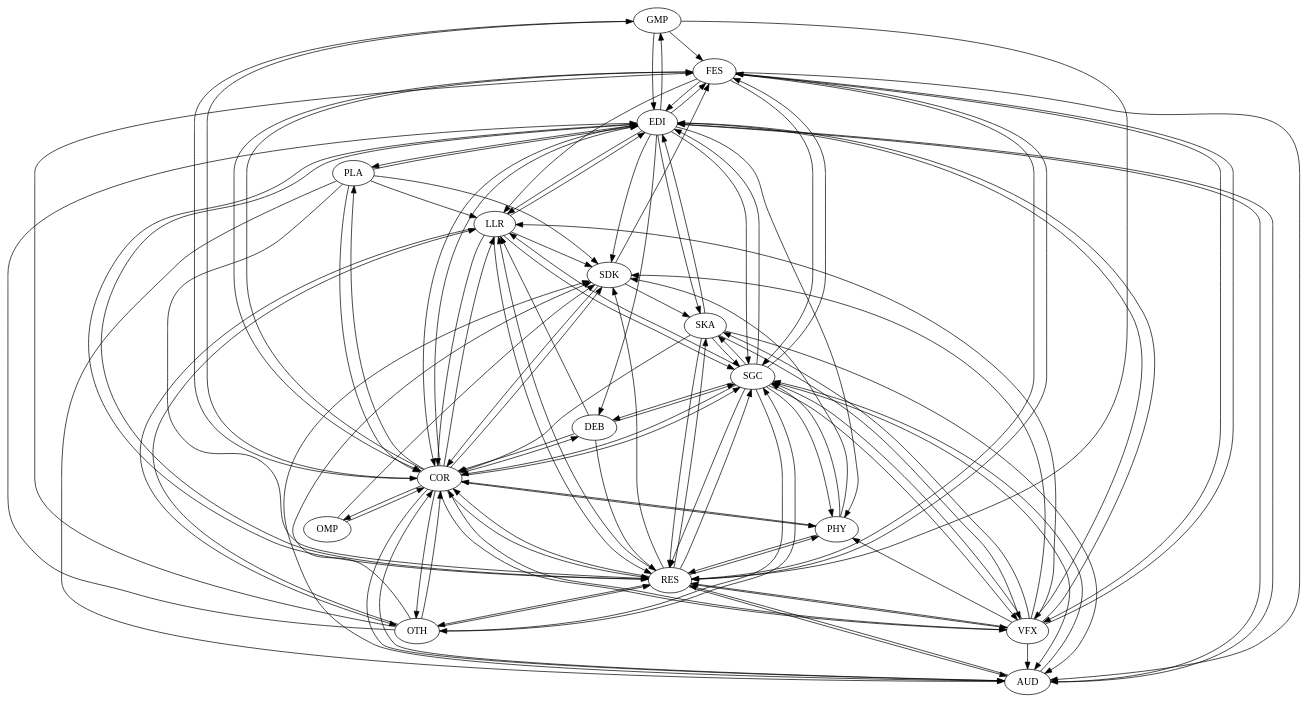
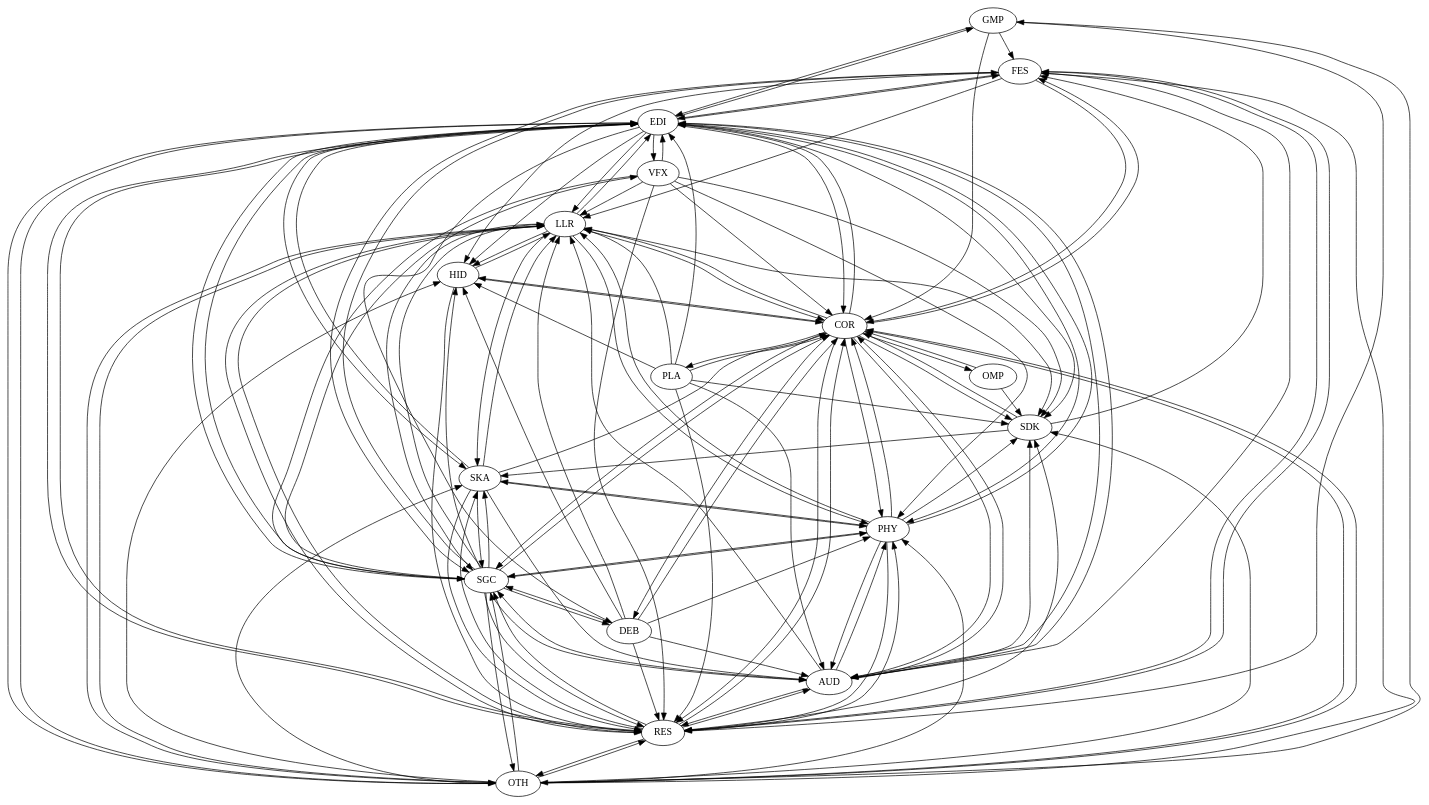
The diagram in 6_architectural_map_gen/updated-dot/dot/godot.dot (gamedev-studies/game-engine-analyser), drawn with Graphviz before and after one commit. The commit also changed 2 other files, not shown here.

```diff
--- a/6_architectural_map_gen/updated-dot/dot/godot.dot
+++ b/6_architectural_map_gen/updated-dot/dot/godot.dot
@@ -1,115 +1,133 @@
 digraph "source tree" {
 "GMP"->"FES"
 "GMP"->"EDI"
 "GMP"->"COR"
 "GMP"->"RES"
-"RES"->"VFX"
 "RES"->"AUD"
 "RES"->"EDI"
 "RES"->"COR"
 "RES"->"SGC"
 "RES"->"SKA"
 "RES"->"OTH"
 "RES"->"FES"
 "RES"->"PHY"
 "RES"->"SDK"
 "RES"->"LLR"
 "LLR"->"RES"
 "LLR"->"SGC"
 "LLR"->"COR"
 "LLR"->"OTH"
+"LLR"->"PHY"
 "LLR"->"SDK"
+"LLR"->"SKA"
+"LLR"->"HID"
 "LLR"->"EDI"
 "SGC"->"AUD"
 "SGC"->"DEB"
 "SGC"->"VFX"
 "SGC"->"EDI"
 "SGC"->"COR"
 "SGC"->"SKA"
+"SGC"->"OTH"
+"SGC"->"HID"
 "SGC"->"RES"
-"SGC"->"OTH"
 "SGC"->"FES"
 "SGC"->"PHY"
 "SGC"->"LLR"
+"FES"->"SGC"
 "FES"->"RES"
-"FES"->"EDI"
 "FES"->"AUD"
 "FES"->"COR"
 "FES"->"LLR"
-"FES"->"VFX"
-"FES"->"SGC"
+"FES"->"HID"
+"FES"->"EDI"
 "OMP"->"SDK"
 "OMP"->"COR"
 "COR"->"AUD"
 "COR"->"DEB"
-"COR"->"VFX"
 "COR"->"EDI"
-"COR"->"GMP"
 "COR"->"SGC"
 "COR"->"RES"
 "COR"->"OTH"
+"COR"->"HID"
 "COR"->"FES"
 "COR"->"PLA"
 "COR"->"OMP"
 "COR"->"PHY"
 "COR"->"SDK"
 "COR"->"LLR"
 "SDK"->"FES"
 "SDK"->"SKA"
 "SDK"->"COR"
-"PHY"->"SDK"
+"PHY"->"AUD"
+"PHY"->"RES"
 "PHY"->"SGC"
 "PHY"->"COR"
-"PHY"->"RES"
+"PHY"->"LLR"
+"PHY"->"SDK"
+"PHY"->"SKA"
+"PHY"->"EDI"
 "EDI"->"AUD"
 "EDI"->"DEB"
 "EDI"->"VFX"
 "EDI"->"COR"
 "EDI"->"GMP"
 "EDI"->"SGC"
 "EDI"->"SKA"
 "EDI"->"RES"
+"EDI"->"OTH"
+"EDI"->"HID"
 "EDI"->"FES"
-"EDI"->"PLA"
 "EDI"->"PHY"
 "EDI"->"SDK"
 "EDI"->"LLR"
+"OTH"->"EDI"
+"OTH"->"GMP"
+"OTH"->"COR"
+"OTH"->"SGC"
+"OTH"->"SKA"
+"OTH"->"RES"
+"OTH"->"HID"
+"OTH"->"FES"
+"OTH"->"PHY"
+"OTH"->"SDK"
+"OTH"->"LLR"
+"HID"->"LLR"
+"HID"->"COR"
+"HID"->"RES"
+"AUD"->"RES"
 "AUD"->"SGC"
-"AUD"->"RES"
 "AUD"->"COR"
+"AUD"->"LLR"
 "AUD"->"SDK"
+"AUD"->"PHY"
 "AUD"->"EDI"
 "SKA"->"AUD"
+"SKA"->"SGC"
 "SKA"->"RES"
-"SKA"->"SGC"
 "SKA"->"COR"
-"SKA"->"VFX"
+"SKA"->"LLR"
+"SKA"->"PHY"
 "SKA"->"EDI"
+"PLA"->"RES"
 "PLA"->"AUD"
-"PLA"->"RES"
 "PLA"->"COR"
 "PLA"->"LLR"
 "PLA"->"SDK"
+"PLA"->"HID"
 "PLA"->"EDI"
-"OTH"->"RES"
-"OTH"->"SGC"
-"OTH"->"FES"
-"OTH"->"COR"
-"OTH"->"LLR"
-"OTH"->"SDK"
-"OTH"->"EDI"
-"VFX"->"AUD"
+"VFX"->"RES"
+"VFX"->"SGC"
+"VFX"->"COR"
+"VFX"->"LLR"
+"VFX"->"SDK"
+"VFX"->"PHY"
 "VFX"->"EDI"
-"VFX"->"COR"
-"VFX"->"SGC"
-"VFX"->"SKA"
-"VFX"->"RES"
-"VFX"->"FES"
-"VFX"->"PHY"
-"VFX"->"SDK"
-"VFX"->"LLR"
+"DEB"->"RES"
+"DEB"->"AUD"
+"DEB"->"COR"
 "DEB"->"LLR"
-"DEB"->"COR"
+"DEB"->"PHY"
+"DEB"->"HID"
 "DEB"->"SGC"
-"DEB"->"RES"
 }
```
